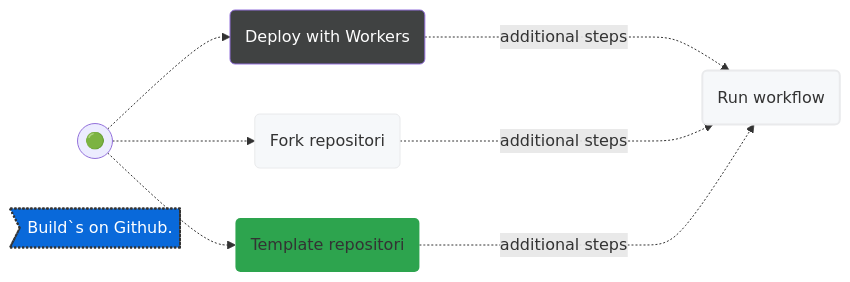
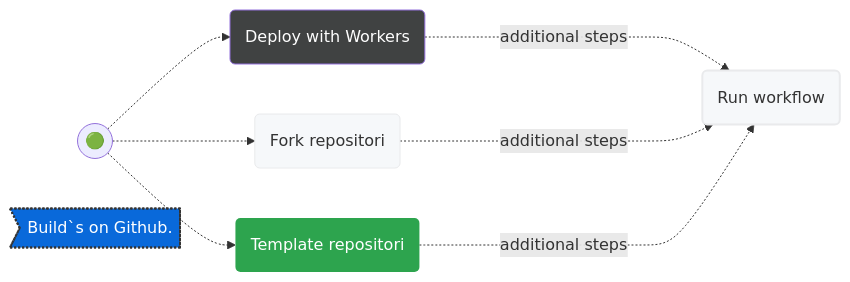
The diagram in README.md (milankomaj/dev-badge), drawn with Mermaid before and after one commit.

````diff
--- a/README.md
+++ b/README.md
@@ -12,22 +12,22 @@
 ```mermaid
 flowchart LR
 
 B(("🟢")) .->C("Deploy with Workers")
 B(("🟢")) .->D("Fork repositori")
 B(("🟢")) .->E("Template repositori")
 C & D & E -...->|additional steps| F("Run workflow") 
 
 id1>Build`s on Github.]
 
 style F fill:#f6f8fa,stroke:#333,stroke-width:2px
 style C fill:#404242,color:#fefefe
 style D fill:#f6f8fa,stroke:#e9eaec
-style E fill:#2da44e,stroke-width:0px
+style E fill:#2da44e,stroke-width:0px,color:#ffffff
 style F fill:#f6f8fa,stroke:#e9eaec
 style id1 fill:#0969da,stroke:#333,stroke-width:2px,color:#fff,stroke-dasharray: 2 2
 
 click D "https://github.com/milankomaj/dev-badge/fork"
 click E "https://github.com/milankomaj/dev-badge/generate"
 
 
 ```
````
